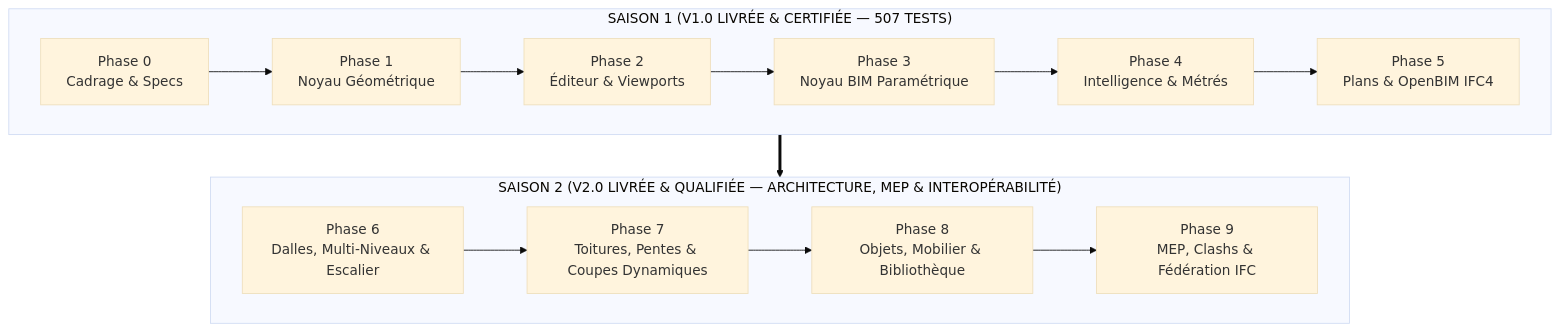
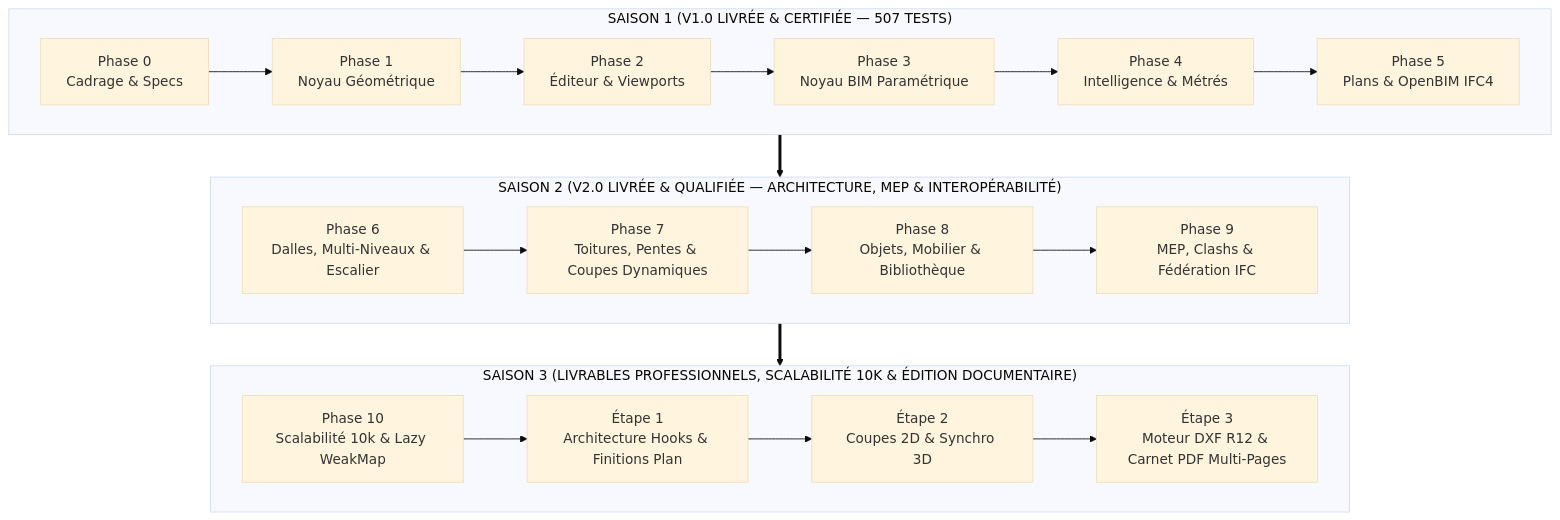
The first of 2 diagrams in ROADMAP.md (mouridoullah/mini-Revit), drawn with Mermaid (base theme) before and after one commit. The commit also changed other lines of this file and 4 other files, not shown here.

First line of the commit message:
feat(season-3): add multi-column and auto-pagination for metrics pages in PDF book

````diff
--- a/ROADMAP.md
+++ b/ROADMAP.md
@@ -13,20 +13,28 @@
 ```mermaid
 flowchart TD
     subgraph S1 ["SAISON 1 (V1.0 LIVRÉE & CERTIFIÉE — 507 TESTS)"]
         direction LR
         P0["Phase 0<br/>Cadrage & Specs"] --> P1["Phase 1<br/>Noyau Géométrique"]
         P1 --> P2["Phase 2<br/>Éditeur & Viewports"]
         P2 --> P3["Phase 3<br/>Noyau BIM Paramétrique"]
         P3 --> P4["Phase 4<br/>Intelligence & Métrés"]
         P4 --> P5["Phase 5<br/>Plans & OpenBIM IFC4"]
     end
 
     subgraph S2 ["SAISON 2 (V2.0 LIVRÉE & QUALIFIÉE — ARCHITECTURE, MEP & INTEROPÉRABILITÉ)"]
         direction LR
         P6["Phase 6<br/>Dalles, Multi-Niveaux & Escalier"] --> P7["Phase 7<br/>Toitures, Pentes & Coupes Dynamiques"]
         P7 --> P8["Phase 8<br/>Objets, Mobilier & Bibliothèque"]
         P8 --> P9["Phase 9<br/>MEP, Clashs & Fédération IFC"]
     end
 
+    subgraph S3 ["SAISON 3 (LIVRABLES PROFESSIONNELS, SCALABILITÉ 10K & ÉDITION DOCUMENTAIRE)"]
+        direction LR
+        P10["Phase 10<br/>Scalabilité 10k & Lazy WeakMap"] --> E1["Étape 1<br/>Architecture Hooks & Finitions Plan"]
+        E1 --> E2["Étape 2<br/>Coupes 2D & Synchro 3D"]
+        E2 --> E3["Étape 3<br/>Moteur DXF R12 & Carnet PDF Multi-Pages"]
+    end
+
     S1 ==> S2
+    S2 ==> S3
 ```
````
